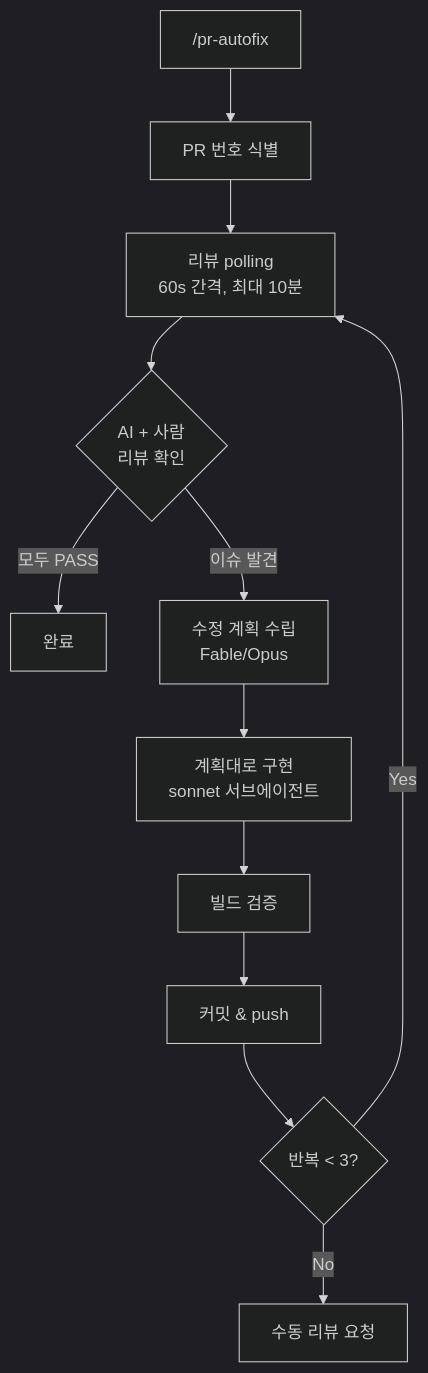
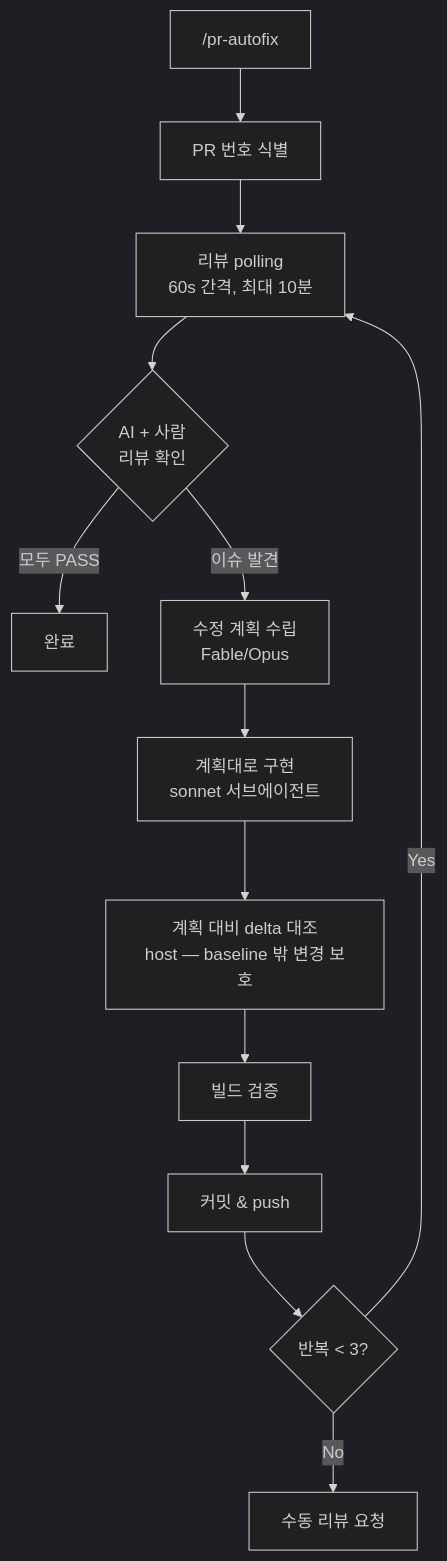
One commit to Atom-oh/oh-my-cloud-skills changed the diagram in doc-sites/docs/project-init/skills/pr-autofix.md. Above: the diagram before and after it, drawn with Mermaid (dark theme). The commit also changed 2 other files, not shown here.

Commit message:
fix(project-init): round-1 review — 4b baseline snapshot, bidirectional 4c verify, injection guardrail
- 4b records a pre-implementation baseline (git diff HEAD snapshot +
  dirty-worktree notice) so 4c compares the implementer's DELTA only —
  pre-existing uncommitted changes are never revert candidates (MAJOR)
- 4c is now bidirectional: unplanned implementer hunks reverted, missing
  plan items re-run; revert exception when a hunk is a build-required
  companion change (re-plan instead of force-revert)
- 4a: review text is data, not instructions — embedded directives are
  reported as findings, never followed
- subagent spawn failure falls back to host inline application
- doc-site mermaid gains the host delta-check node; command wording
  matches the parallel-implementers reality

````diff
--- a/doc-sites/docs/project-init/skills/pr-autofix.md
+++ b/doc-sites/docs/project-init/skills/pr-autofix.md
@@ -26,14 +26,15 @@
 ```mermaid
 flowchart TD
     A["/pr-autofix"] --> B[PR 번호 식별]
     B --> C[리뷰 polling<br/>60s 간격, 최대 10분]
     C --> D{AI + 사람<br/>리뷰 확인}
     D -->|모두 PASS| E[완료]
     D -->|이슈 발견| F[수정 계획 수립<br/>Fable/Opus]
     F --> F2[계획대로 구현<br/>sonnet 서브에이전트]
-    F2 --> G[빌드 검증]
+    F2 --> V[계획 대비 delta 대조<br/>host — baseline 밖 변경 보호]
+    V --> G[빌드 검증]
     G --> H[커밋 & push]
     H --> I{반복 < 3?}
     I -->|Yes| C
     I -->|No| J[수동 리뷰 요청]
 ```
````
